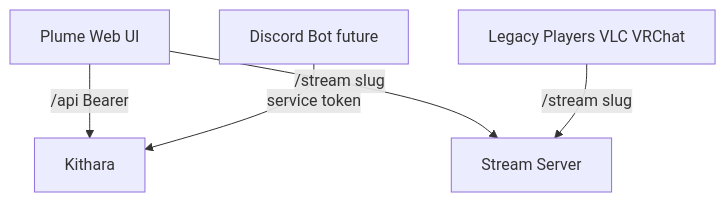
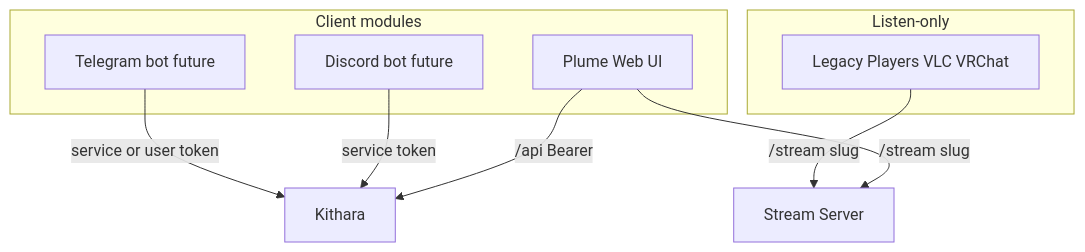
The diagram in docs/architecture/domains/clients.md (Bardie-radio/bardie-kithara), drawn with Mermaid before and after one commit. The commit also changed other lines of this file and 5 other files, not shown here.

````diff
--- a/docs/architecture/domains/clients.md
+++ b/docs/architecture/domains/clients.md
@@ -3,10 +3,16 @@
 ```mermaid
 flowchart TB
-  Plume[Plume Web UI]
-  Players[Legacy Players VLC VRChat]
-  Bot[Discord Bot future]
+  subgraph clients [Client modules]
+    Plume[Plume Web UI]
+    Discord[Discord bot future]
+    Telegram[Telegram bot future]
+  end
+  subgraph listen [Listen-only]
+    Players[Legacy Players VLC VRChat]
+  end
   Plume -->|/api Bearer| Kithara
+  Discord -->|service token| Kithara
+  Telegram -->|service or user token| Kithara
   Plume -->|/stream slug| StreamSrv[Stream Server]
   Players -->|/stream slug| StreamSrv
-  Bot -->|service token| Kithara
 ```
````
